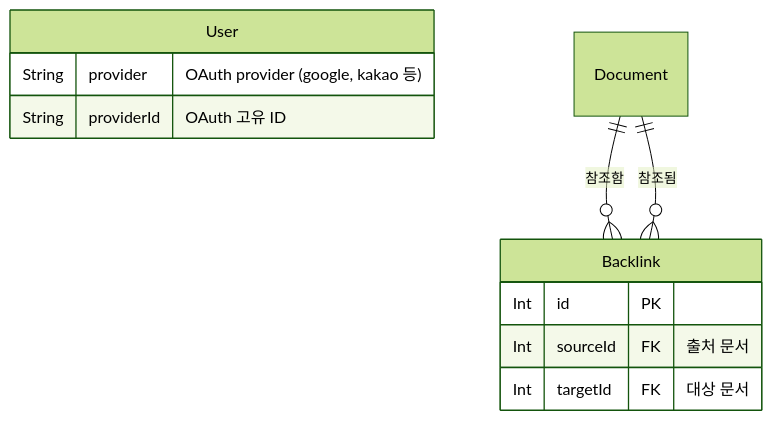
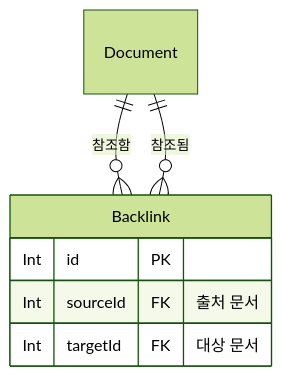
The second of 2 diagrams in docs/ERD.md (U-Geon/YesoWiki), drawn with Mermaid (forest theme) before and after one commit. The commit also changed other lines of this file and 5 other files, not shown here.

````diff
--- a/docs/ERD.md
+++ b/docs/ERD.md
@@ -54,16 +48,11 @@
 ```mermaid
 erDiagram
-    User {
-        String  provider        "OAuth provider (google, kakao 등)"
-        String  providerId      "OAuth 고유 ID"
-    }
-
     Backlink {
-        Int     id          PK
-        Int     sourceId    FK  "출처 문서"
-        Int     targetId    FK  "대상 문서"
+        Int id          PK
+        Int sourceId    FK  "출처 문서"
+        Int targetId    FK  "대상 문서"
     }
 
     Document ||--o{ Backlink : "참조함"
     Document ||--o{ Backlink : "참조됨"
 ```
````
